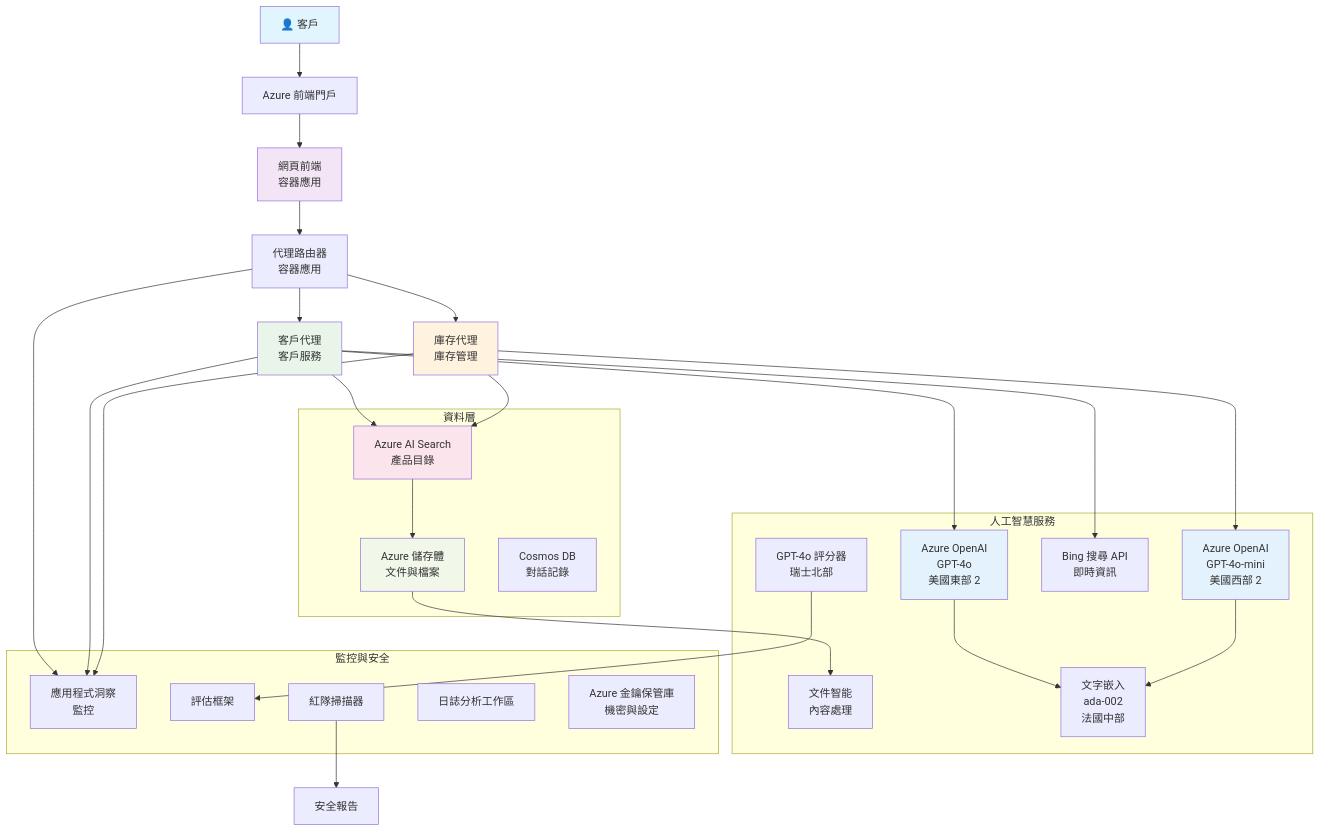
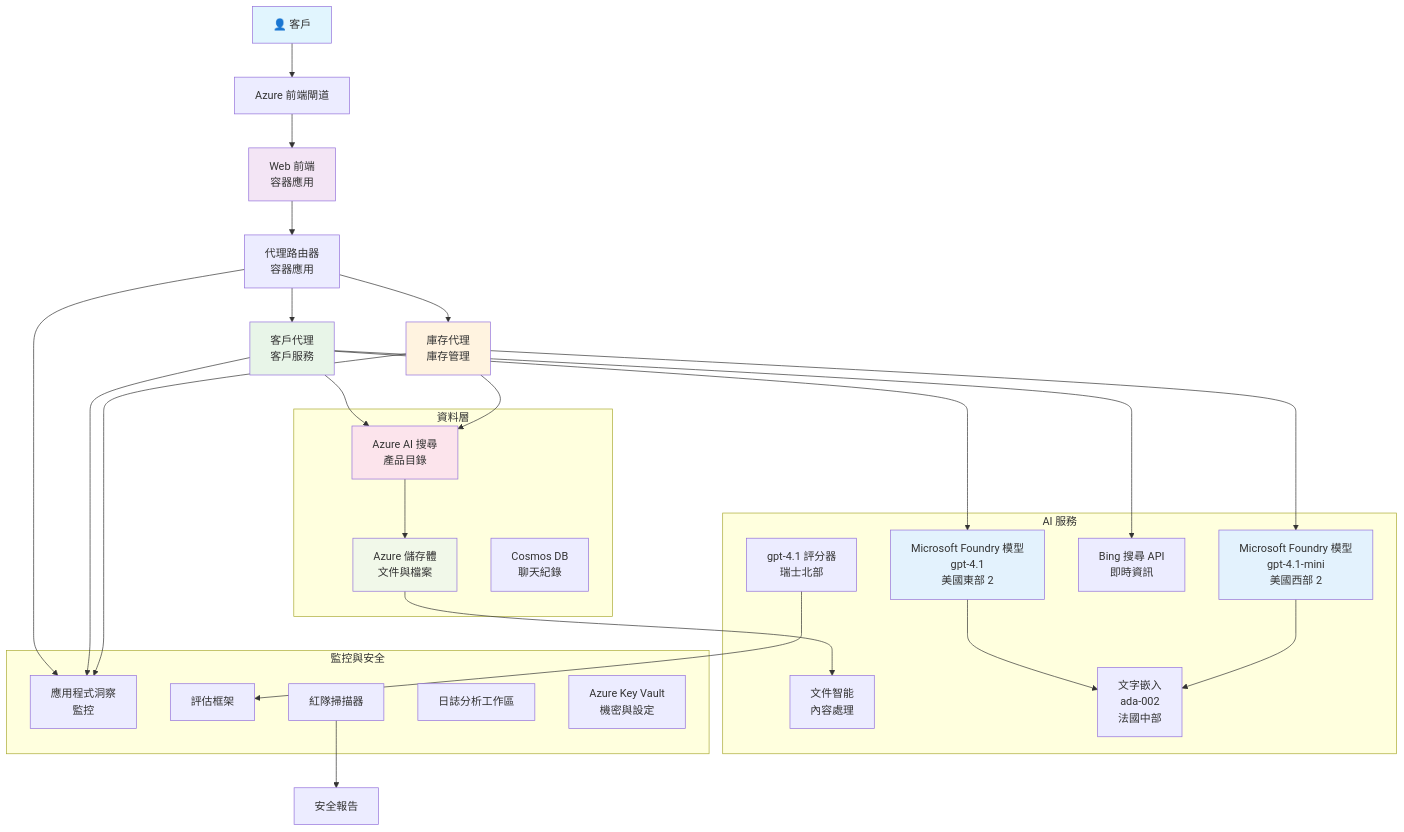
The diagram in translations/zh-MO/examples/retail-scenario.md (microsoft/AZD-for-beginners), drawn with Mermaid before and after one commit. The commit also changed other lines of this file and 101 other files, not shown here.

````diff
--- a/translations/zh-MO/examples/retail-scenario.md
+++ b/translations/zh-MO/examples/retail-scenario.md
@@ -139,61 +139,61 @@
 ```mermaid
 graph TB
-    User[👤 客戶] --> LB[Azure 前端門戶]
-    LB --> WebApp[網頁前端<br/>容器應用]
+    User[👤 客戶] --> LB[Azure 前端閘道]
+    LB --> WebApp[Web 前端<br/>容器應用]
     
     WebApp --> Router[代理路由器<br/>容器應用]
     Router --> CustomerAgent[客戶代理<br/>客戶服務]
     Router --> InvAgent[庫存代理<br/>庫存管理]
     
-    CustomerAgent --> OpenAI1[Azure OpenAI<br/>GPT-4o<br/>美國東部 2]
-    InvAgent --> OpenAI2[Azure OpenAI<br/>GPT-4o-mini<br/>美國西部 2]
+    CustomerAgent --> OpenAI1[Microsoft Foundry 模型<br/>gpt-4.1<br/>美國東部 2]
+    InvAgent --> OpenAI2[Microsoft Foundry 模型<br/>gpt-4.1-mini<br/>美國西部 2]
     
-    CustomerAgent --> AISearch[Azure AI Search<br/>產品目錄]
+    CustomerAgent --> AISearch[Azure AI 搜尋<br/>產品目錄]
     CustomerAgent --> BingSearch[Bing 搜尋 API<br/>即時資訊]
     InvAgent --> AISearch
     
     AISearch --> Storage[Azure 儲存體<br/>文件與檔案]
     Storage --> DocIntel[文件智能<br/>內容處理]
     
     OpenAI1 --> Embeddings[文字嵌入<br/>ada-002<br/>法國中部]
     OpenAI2 --> Embeddings
     
     Router --> AppInsights[應用程式洞察<br/>監控]
     CustomerAgent --> AppInsights
     InvAgent --> AppInsights
     
-    GraderModel[GPT-4o 評分器<br/>瑞士北部] --> Evaluation[評估框架]
+    GraderModel[gpt-4.1 評分器<br/>瑞士北部] --> Evaluation[評估框架]
     RedTeam[紅隊掃描器] --> SecurityReports[安全報告]
     
     subgraph "資料層"
         Storage
         AISearch
-        CosmosDB[Cosmos DB<br/>對話記錄]
+        CosmosDB[Cosmos DB<br/>聊天紀錄]
     end
     
-    subgraph "人工智慧服務"
+    subgraph "AI 服務"
         OpenAI1
         OpenAI2
         Embeddings
         GraderModel
         DocIntel
         BingSearch
     end
     
     subgraph "監控與安全"
         AppInsights
         LogAnalytics[日誌分析工作區]
-        KeyVault[Azure 金鑰保管庫<br/>機密與設定]
+        KeyVault[Azure Key Vault<br/>機密與設定]
         RedTeam
         Evaluation
     end
     
     style User fill:#e1f5fe
     style WebApp fill:#f3e5f5
     style CustomerAgent fill:#e8f5e8
     style InvAgent fill:#fff3e0
     style OpenAI1 fill:#e3f2fd
     style OpenAI2 fill:#e3f2fd
     style AISearch fill:#fce4ec
     style Storage fill:#f1f8e9
 ```
````
